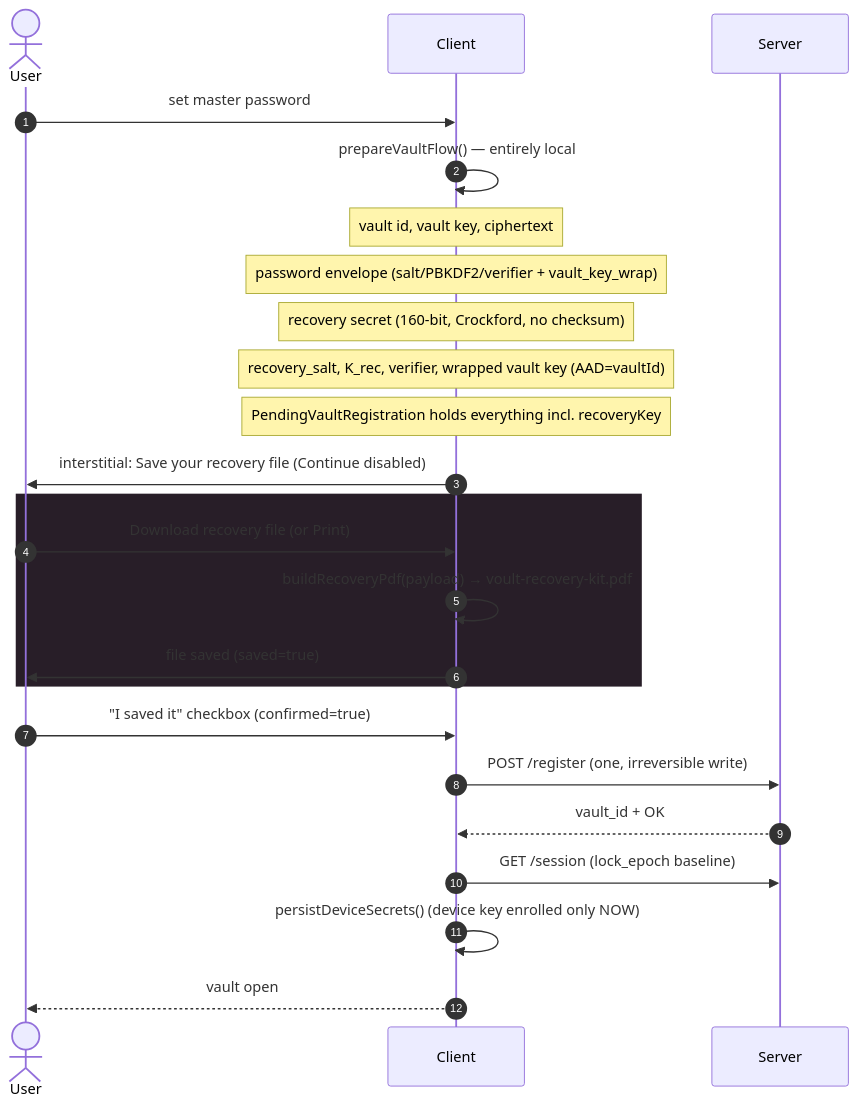
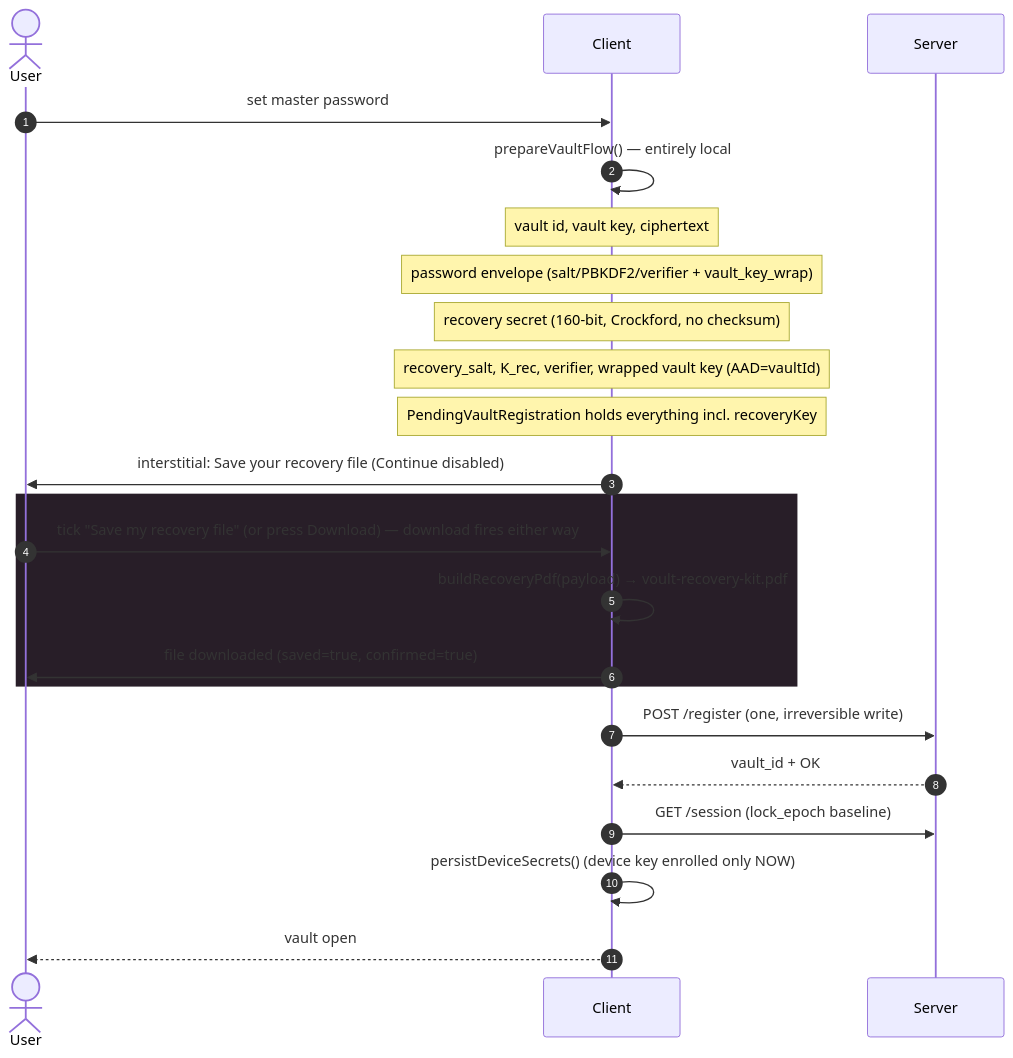
Before and after one commit to lucytang1/voult: the first of 6 diagrams in docs/Vault-recovery-flow.md, drawn with Mermaid. The commit also changed other lines of this file and 49 other files, not shown here.

````diff
--- a/docs/Vault-recovery-flow.md
+++ b/docs/Vault-recovery-flow.md
@@ -35,28 +35,27 @@
 ```mermaid
 sequenceDiagram
 autonumber
 actor U as User
 participant C as Client
 participant S as Server
 
 U->>C: set master password
 C->>C: prepareVaultFlow() — entirely local
 Note over C: vault id, vault key, ciphertext
 Note over C: password envelope (salt/PBKDF2/verifier + vault_key_wrap)
 Note over C: recovery secret (160-bit, Crockford, no checksum)
 Note over C: recovery_salt, K_rec, verifier, wrapped vault key (AAD=vaultId)
 Note over C: PendingVaultRegistration holds everything incl. recoveryKey
 
 C->>U: interstitial: Save your recovery file (Continue disabled)
 rect rgb(40,30,40)
-U->>C: Download recovery file  (or Print)
+U->>C: tick "Save my recovery file" (or press Download) — download fires either way
 C->>C: buildRecoveryPdf(payload) → voult-recovery-kit.pdf
-C->>U: file saved (saved=true)
+C->>U: file downloaded (saved=true, confirmed=true)
 end
-U->>C: "I saved it" checkbox (confirmed=true)
 C->>S: POST /register (one, irreversible write)
 S-->>C: vault_id + OK
 C->>S: GET /session (lock_epoch baseline)
 C->>C: persistDeviceSecrets()  (device key enrolled only NOW)
 C-->>U: vault open
 ```
````
